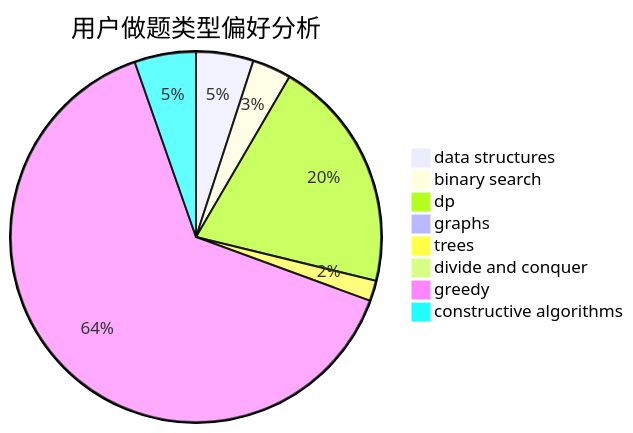
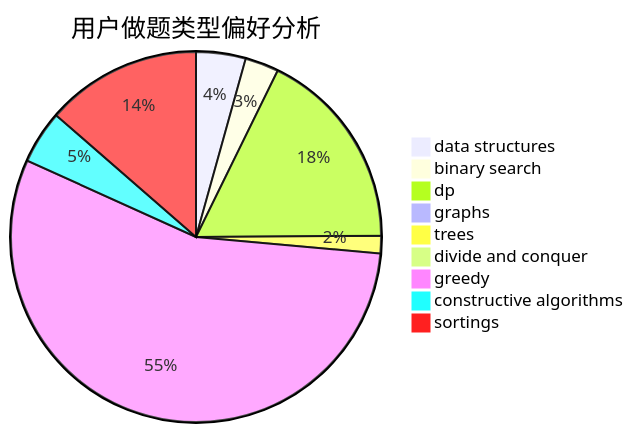
The second of 3 diagrams in docs/user/u1859.md (sherpahu/cfrs.github.io), drawn with Mermaid before and after one commit. The commit also changed other lines of this file and 2769 other files, not shown here.

````diff
--- a/docs/user/u1859.md
+++ b/docs/user/u1859.md
@@ -23,11 +18,12 @@
 ```mermaid
 pie title 用户做题类型偏好分析
     "data structures" :  28
     "binary search" :  19
     "dp" :  114
     "graphs" :  1
     "trees" :  10
     "divide and conquer" :  0
     "greedy" :  358
     "constructive algorithms" :  30
+    "sortings" :  88
 ```
````
